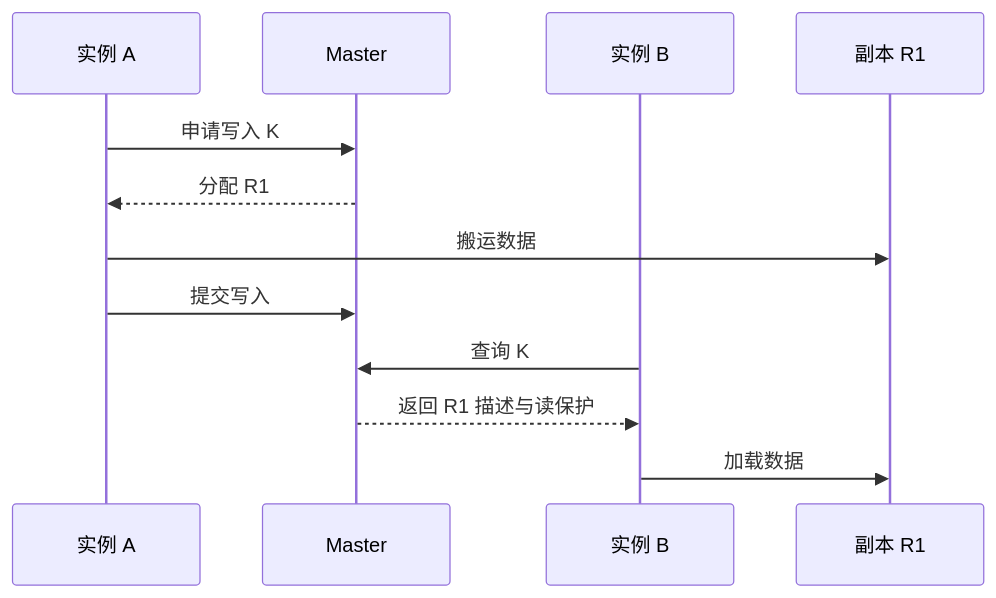
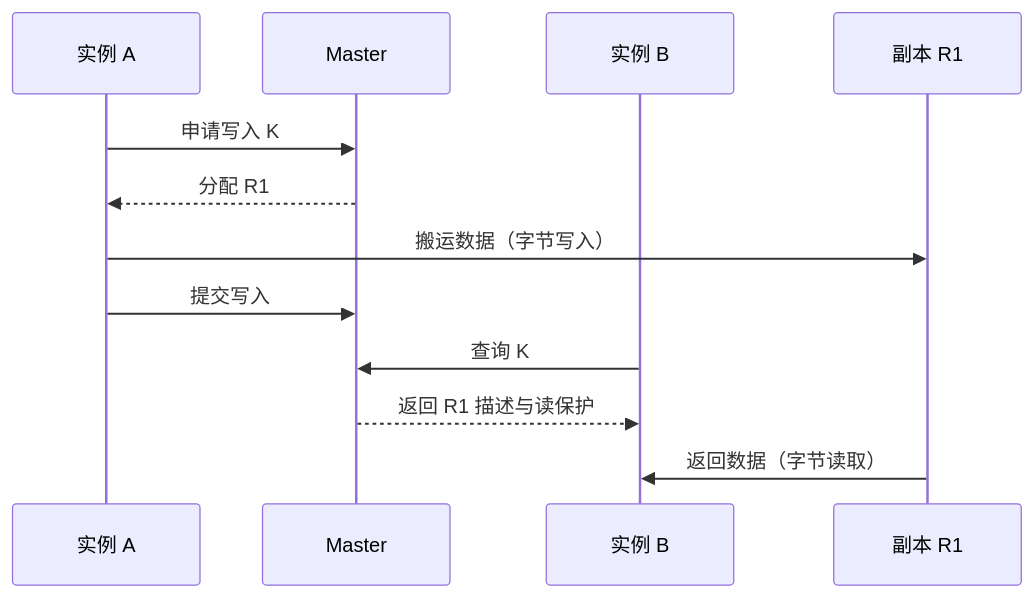
The second of 2 diagrams in mooncake-kv-cache-series/wechat/01-shared-kv-cache.md (Hansyangxingxiang/Mooncake), drawn with Mermaid before and after one commit. The commit also changed other lines of this file and 42 other files, not shown here.

````diff
--- a/mooncake-kv-cache-series/wechat/01-shared-kv-cache.md
+++ b/mooncake-kv-cache-series/wechat/01-shared-kv-cache.md
@@ -73,14 +79,14 @@
 ```mermaid
 sequenceDiagram
     participant A as 实例 A
     participant M as Master
     participant B as 实例 B
     participant R1 as 副本 R1
     A->>M: 申请写入 K
     M-->>A: 分配 R1
-    A->>R1: 搬运数据
+    A->>R1: 搬运数据（字节写入）
     A->>M: 提交写入
     B->>M: 查询 K
     M-->>B: 返回 R1 描述与读保护
-    B->>R1: 加载数据
+    R1->>B: 返回数据（字节读取）
 ```
````
